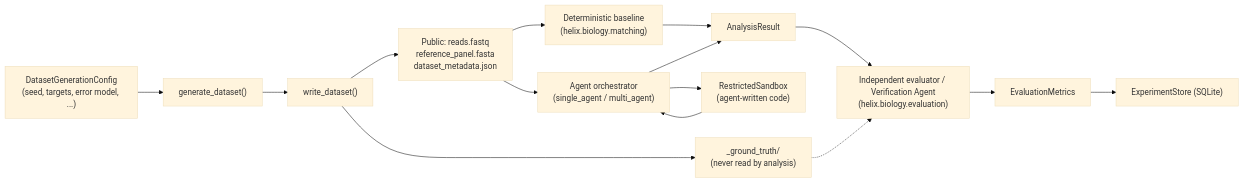
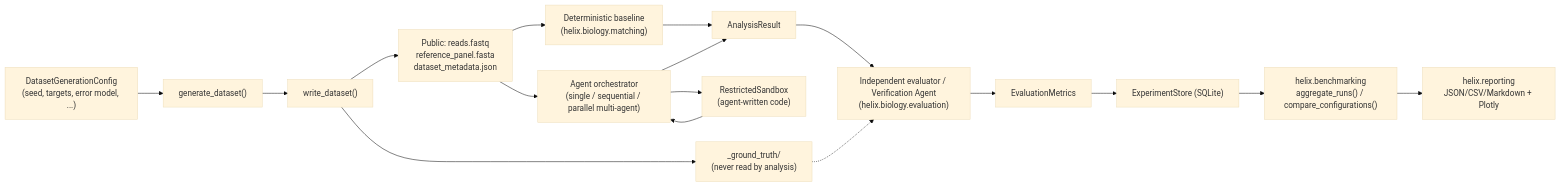
Before and after one commit to shrinjoy-c/helix: the diagram in README.md, drawn with Mermaid (base theme). The commit also changed other lines of this file and 5 other files, not shown here.

````diff
--- a/README.md
+++ b/README.md
@@ -42,17 +42,19 @@
 ```mermaid
 flowchart LR
     CFG["DatasetGenerationConfig\n(seed, targets, error model, ...)"] --> GEN["generate_dataset()"]
     GEN --> WRITE["write_dataset()"]
     WRITE --> PUB["Public: reads.fastq\nreference_panel.fasta\ndataset_metadata.json"]
     WRITE --> PRIV["_ground_truth/\n(never read by analysis)"]
     PUB --> BASE["Deterministic baseline\n(helix.biology.matching)"]
-    PUB --> ORCH["Agent orchestrator\n(single_agent / multi_agent)"]
+    PUB --> ORCH["Agent orchestrator\n(single / sequential / parallel multi-agent)"]
     ORCH --> SANDBOX["RestrictedSandbox\n(agent-written code)"]
     SANDBOX --> ORCH
     BASE --> RESULT["AnalysisResult"]
     ORCH --> RESULT
     RESULT --> EVAL["Independent evaluator / Verification Agent\n(helix.biology.evaluation)"]
     PRIV -.-> EVAL
     EVAL --> METRICS["EvaluationMetrics"]
     METRICS --> STORE["ExperimentStore (SQLite)"]
+    STORE --> AGG["helix.benchmarking\naggregate_runs() / compare_configurations()"]
+    AGG --> REPORT["helix.reporting\nJSON/CSV/Markdown + Plotly"]
 ```
````
